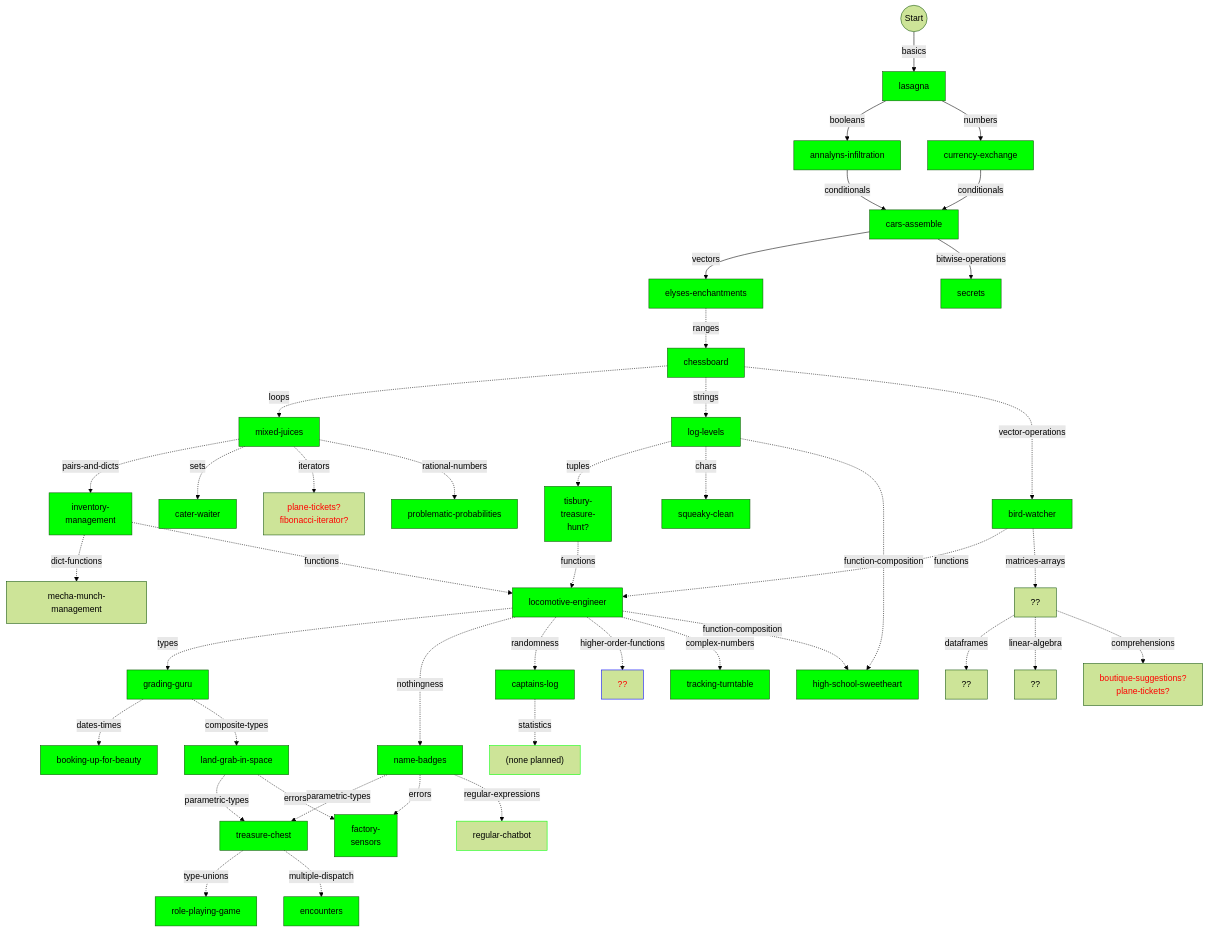
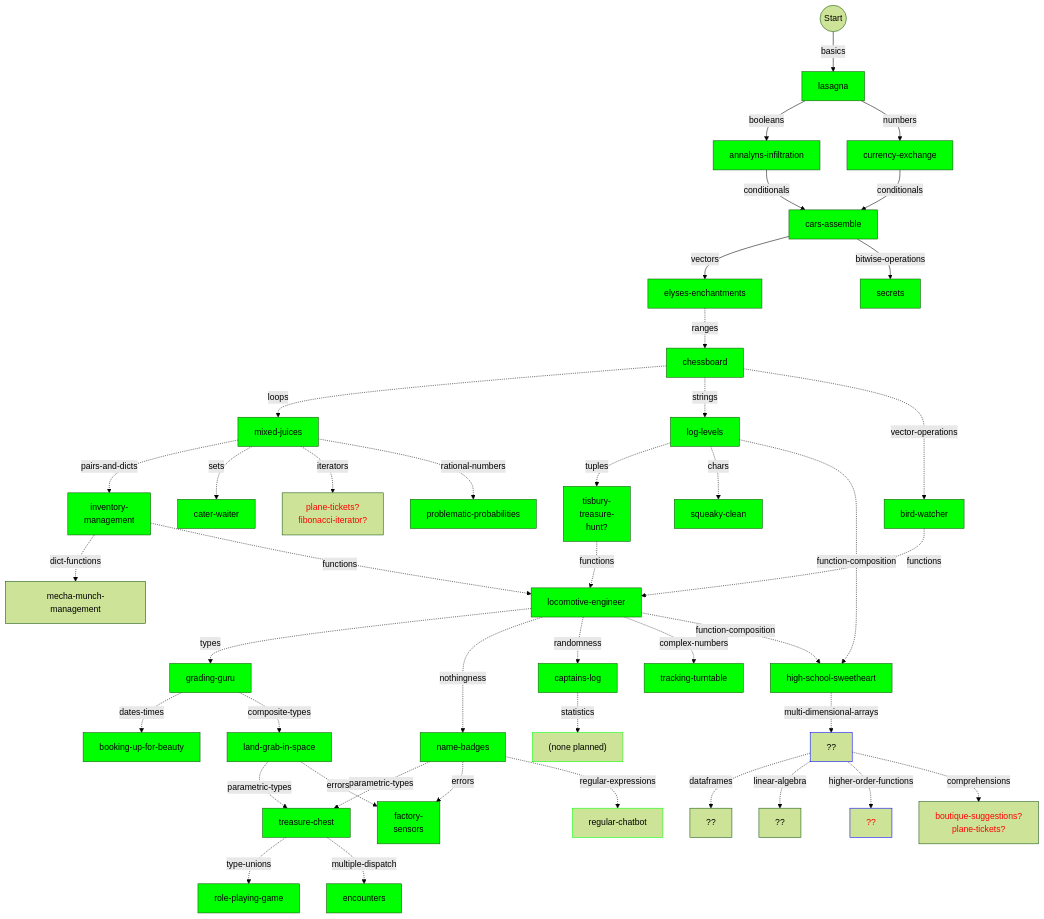
One commit to colinleach/learning-track-doodles changed the diagram in julia/flowchart.md. Above: the diagram before and after it, drawn with Mermaid (forest theme).

````diff
--- a/julia/flowchart.md
+++ b/julia/flowchart.md
@@ -85,9 +85,12 @@
 conditionals --bitwise-operations--> bitwise-operations["secrets"]
 style bitwise-operations fill:#0f0
 
-matrices-arrays -.dataframes.-> dataframes["??"]
+function-composition -.multi-dimensional-arrays.-> multi-dimensional-arrays["??"]
 
-matrices-arrays -.linear-algebra.-> linear-algebra["??"]
+multi-dimensional-arrays -.dataframes.-> dataframes["??"]
+style multi-dimensional-arrays stroke:#00f
+
+multi-dimensional-arrays -.linear-algebra.-> linear-algebra["??"]
 
 pairs-and-dicts -.dict-functions.-> dict-functions["mecha-munch-management"]
 %% style dict-functions stroke:#00f
@@ -101,7 +104,7 @@
 tuples -.functions.-> functions["locomotive-engineer"]
 style functions fill:#0f0
 
-functions -.higher-order-functions.-> higher-order-functions["??"]
+multi-dimensional-arrays -.higher-order-functions.-> higher-order-functions["??"]
 style higher-order-functions stroke:#00f,color:#f00
 
 parametric-types -.multiple-dispatch.-> multiple-dispatch["encounters"]
@@ -124,10 +127,7 @@
 loops -.rational-numbers.-> rational-numbers["problematic-probabilities"]
 style rational-numbers fill:#0f0
 
-vector-operations -.matrices-arrays.-> matrices-arrays["??"]
-%% style matrices-arrays fill:#f00,color:#fff
-
-matrices-arrays -.comprehensions.-> comprehensions["boutique-suggestions?<br/>plane-tickets?"]
+multi-dimensional-arrays -.comprehensions.-> comprehensions["boutique-suggestions?<br/>plane-tickets?"]
 style comprehensions color:#f00
 
 ```
````
